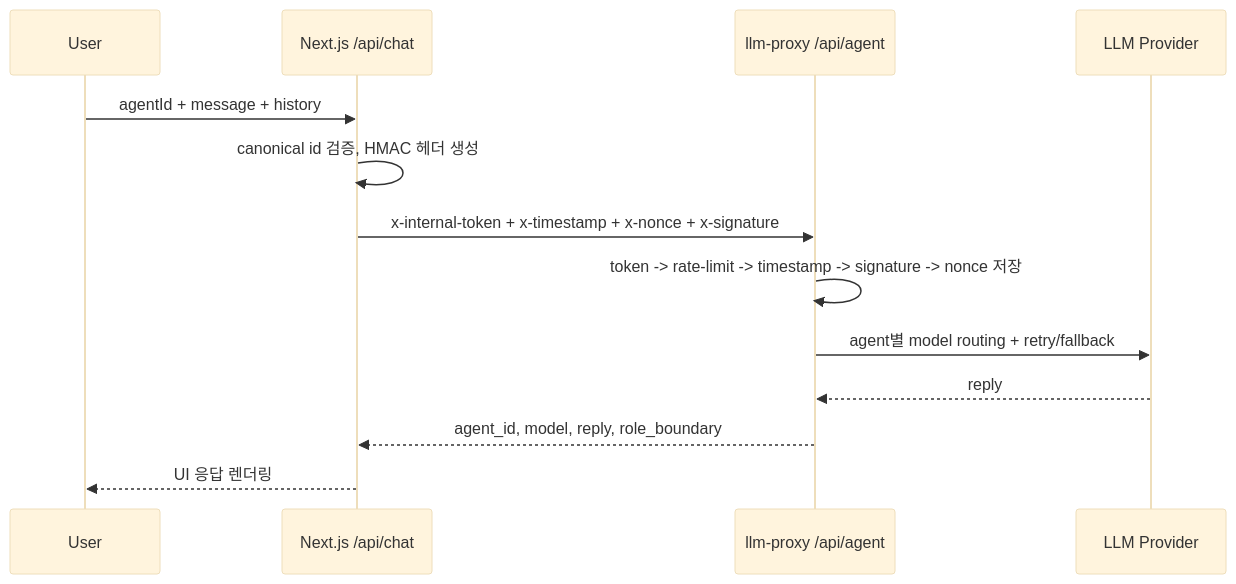
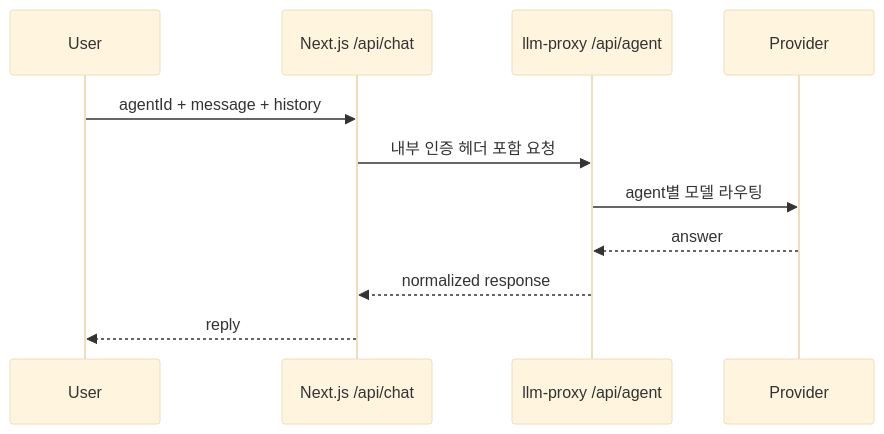
The second of 3 diagrams in docs/ARCHITECTURE.md (Merchantlee99/Personal-AI-agent-v2), drawn with Mermaid (base theme) before and after one commit. The commit also changed other lines of this file and 5 other files, not shown here.

Commit message:
docs: restructure architecture/security/ops docs and add use-cases (#7)

````diff
--- a/docs/ARCHITECTURE.md
+++ b/docs/ARCHITECTURE.md
@@ -47,16 +69,14 @@
 ```mermaid
 sequenceDiagram
-  participant User
+  participant U as User
   participant FE as Next.js /api/chat
   participant PX as llm-proxy /api/agent
-  participant LLM as LLM Provider
+  participant LLM as Provider
 
-  User->>FE: agentId + message + history
-  FE->>FE: canonical id 검증, HMAC 헤더 생성
-  FE->>PX: x-internal-token + x-timestamp + x-nonce + x-signature
-  PX->>PX: token -> rate-limit -> timestamp -> signature -> nonce 저장
-  PX->>LLM: agent별 model routing + retry/fallback
-  LLM-->>PX: reply
-  PX-->>FE: agent_id, model, reply, role_boundary
-  FE-->>User: UI 응답 렌더링
+  U->>FE: agentId + message + history
+  FE->>PX: 내부 인증 헤더 포함 요청
+  PX->>LLM: agent별 모델 라우팅
+  LLM-->>PX: answer
+  PX-->>FE: normalized response
+  FE-->>U: reply
 ```
````
